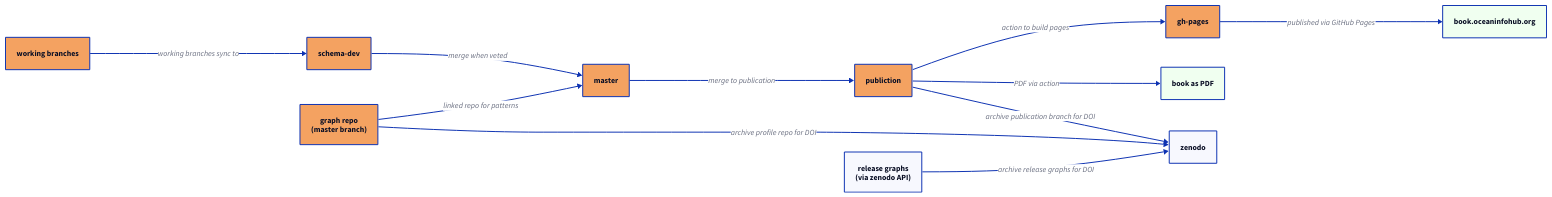
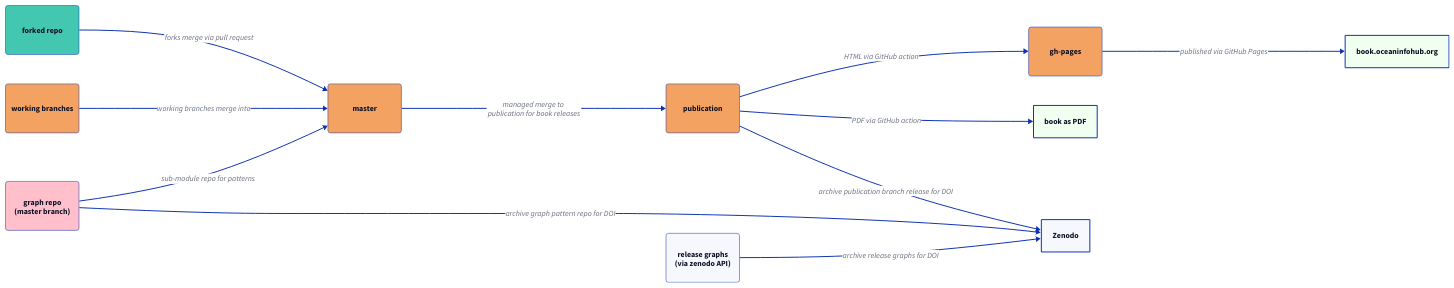
The diagram in archive/docs/images/branches.d2 (iodepo/odis-arch), drawn with D2 before and after one commit. The commit also changed 1 other file, not shown here.

Commit message:
update to branches flow

```diff
--- a/archive/docs/images/branches.d2
+++ b/archive/docs/images/branches.d2
@@ -1,38 +1,96 @@
 direction: right
 
-m: master
-p: publiction
-gp: gh-pages
-s: schema-dev
-w: working branches
+m: {
+   label: master
+    width: 150
+    height: 100
+    style: {
+      stroke-width: 1
+      fill: "#f4a261"
+      border-radius: 5
+    }
+}
+p: {
+   label: publication
+    width: 150
+    height: 100
+    style: {
+      stroke-width: 1
+      fill: "#f4a261"
+      border-radius: 5
+    }
+}
+gp:{
+   label: gh-pages
+    width: 150
+    height: 100
+    style: {
+      stroke-width: 1
+      fill: "#f4a261"
+      border-radius: 5
+    }
+}
+# s: schema-dev
+w: {
+   label: working branches
+    width: 150
+    height: 100
+    style: {
+      stroke-width: 1
+      fill: "#f4a261"
+      border-radius: 5
+    }
+}
 b: book.oceaninfohub.org
 pdf: book as PDF
-z: zenodo
-g: graph repo\n(master branch)
-rg: release graphs\n(via zenodo API)
+z: Zenodo
+g: {
+   label: graph repo\n(master branch)
+    width: 150
+    height: 100
+    style: {
+      stroke-width: 1
+      fill: "pink"
+      border-radius: 5
+    }
+}
+rg:{
+   label: release graphs\n(via zenodo API)
 
-# make the branches a color
-m.style.fill: "#f4a261"
-s.style.fill: "#f4a261"
-p.style.fill: "#f4a261"
-gp.style.fill: "#f4a261"
-g.style.fill: "#f4a261"
-w.style.fill: "#f4a261"
+    width: 150
+    height: 100
+    style: {
+      stroke-width: 1
+      border-radius: 5
+    }
+}
+
+f {
+   label: forked repo
+    width: 150
+    height: 100
+    style: {
+      stroke-width: 1
+      fill: "#44C7B1"
+      border-radius: 5
+    }
+}
+
 
 # make the products a color
 pdf.style.fill: honeydew
 b.style.fill: honeydew
 
-m <- s: merge when veted
-m <- g: linked repo for patterns
-s < w: working branches sync to
+m <- f: forks merge via pull request
+m <- w: working branches merge into
+m <- g: sub-module repo for patterns
 
-m -> p: merge to publication 
-p -> pdf: PDF via action
+m -> p: managed merge to \n publication for book releases
+p -> pdf: PDF via GitHub action
 
-p -> gp: action to build pages
+p -> gp: HTML via GitHub action
 gp -> b:  published via GitHub Pages
 
-p -> z: archive publication branch for DOI
-g -> z: archive profile repo for DOI
+p -> z: archive publication branch release for DOI
+g -> z: archive graph pattern repo for DOI
 rg -> z: archive release graphs for DOI
```
